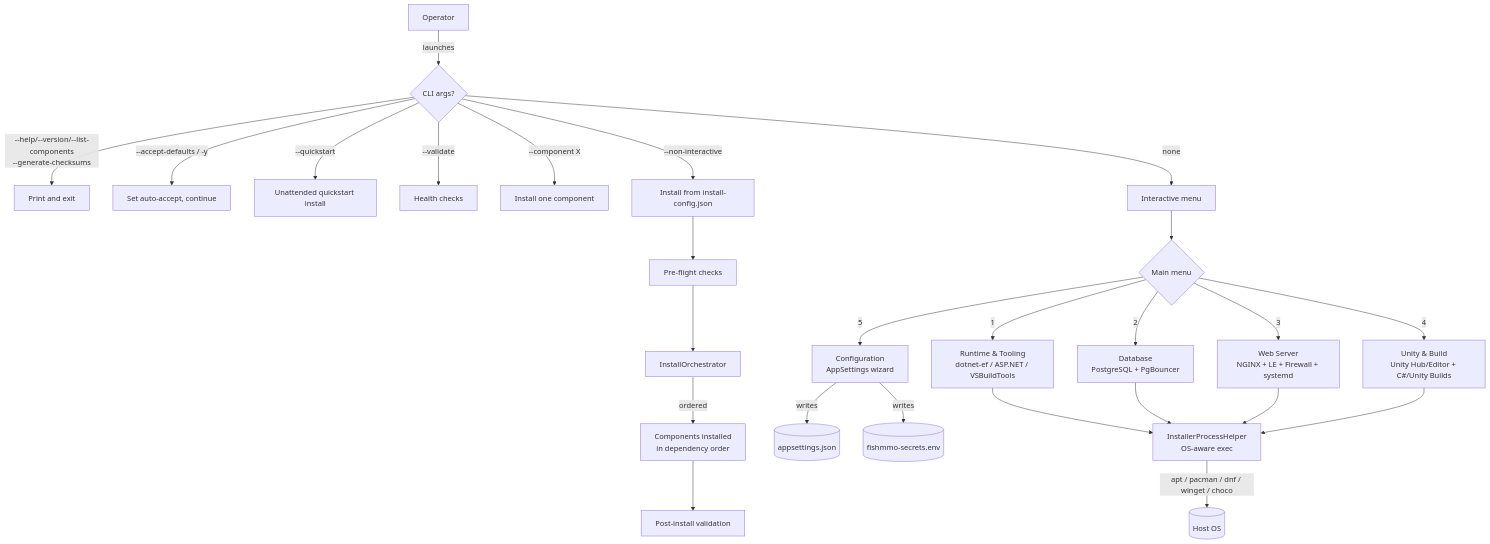
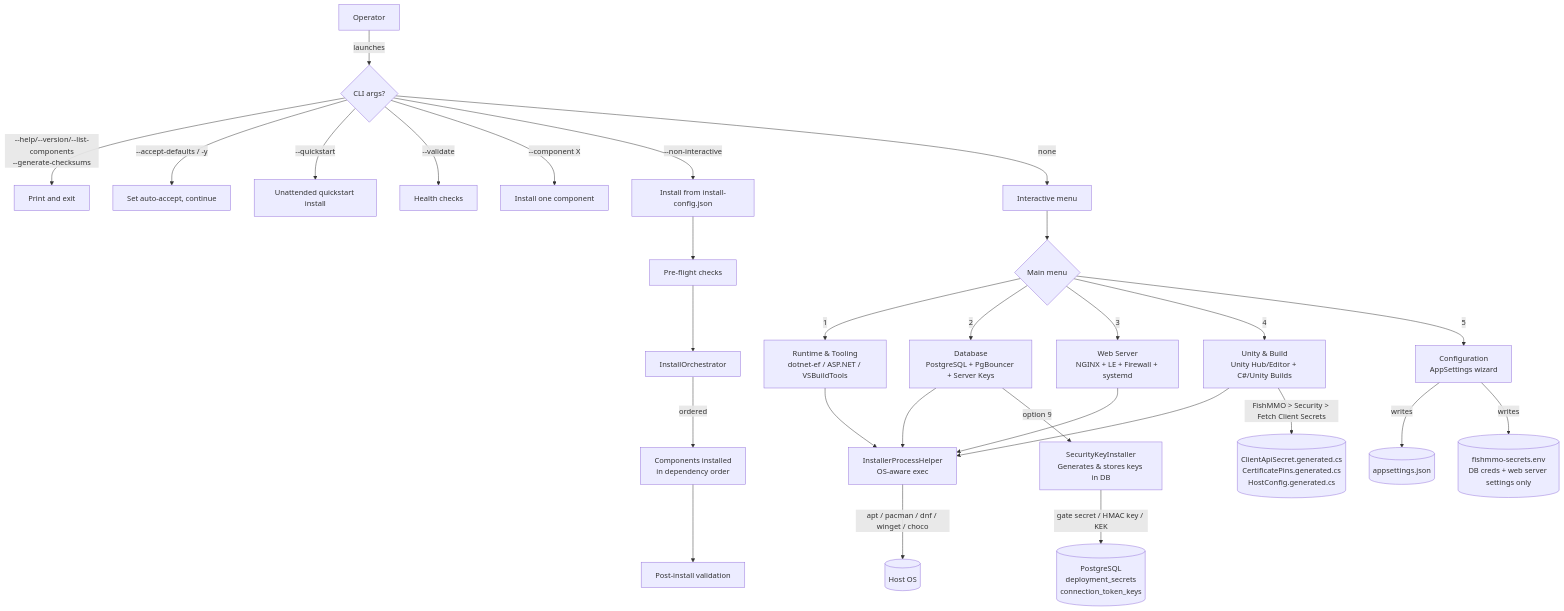
Before and after one commit to jimdroberts/FishMMO: the diagram in FishMMO-Installer/README.MD, drawn with Mermaid. The commit also changed other lines of this file and 40 other files, not shown here.

Commit message:
FishMMO Update

````diff
--- a/FishMMO-Installer/README.MD
+++ b/FishMMO-Installer/README.MD
@@ -775,28 +779,31 @@
 ```mermaid
 flowchart TD
     User[Operator] -->|launches| CLI{CLI args?}
     CLI -->|--help/--version/--list-components<br/>--generate-checksums| Help[Print and exit]
     CLI -->|--accept-defaults / -y| Accept[Set auto-accept, continue]
     CLI -->|--quickstart| Quickstart[Unattended quickstart install]
     CLI -->|--validate| Validate[Health checks]
     CLI -->|--component X| Single[Install one component]
     CLI -->|--non-interactive| Manifest[Install from install-config.json]
     CLI -->|none| App[Interactive menu]
     App --> Menu{Main menu}
     Menu -->|1| Runtime[Runtime & Tooling<br/>dotnet-ef / ASP.NET / VSBuildTools]
-    Menu -->|2| DB[Database<br/>PostgreSQL + PgBouncer]
+    Menu -->|2| DB[Database<br/>PostgreSQL + PgBouncer + Server Keys]
     Menu -->|3| Web[Web Server<br/>NGINX + LE + Firewall + systemd]
     Menu -->|4| Unity[Unity & Build<br/>Unity Hub/Editor + C#/Unity Builds]
     Menu -->|5| Cfg[Configuration<br/>AppSettings wizard]
     Runtime --> Helper[InstallerProcessHelper<br/>OS-aware exec]
     DB --> Helper
+    DB -->|option 9| Keys[SecurityKeyInstaller<br/>Generates & stores keys in DB]
+    Keys -->|gate secret / HMAC key / KEK| DBSecrets[(PostgreSQL<br/>deployment_secrets<br/>connection_token_keys)]
     Web --> Helper
     Unity --> Helper
     Helper -->|apt / pacman / dnf / winget / choco| OS[(Host OS)]
     Cfg -->|writes| Settings[(appsettings.json)]
-    Cfg -->|writes| Secrets[(fishmmo-secrets.env)]
+    Cfg -->|writes| Secrets[(fishmmo-secrets.env<br/>DB creds + web server settings only)]
+    Unity -->|FishMMO > Security > Fetch Client Secrets| ClientFiles[(ClientApiSecret.generated.cs<br/>CertificatePins.generated.cs<br/>HostConfig.generated.cs)]
     Manifest --> PreFlight[Pre-flight checks]
     PreFlight --> Orchestrator[InstallOrchestrator]
     Orchestrator -->|ordered| Components[Components installed<br/>in dependency order]
     Components --> Verify[Post-install validation]
 ```
````
